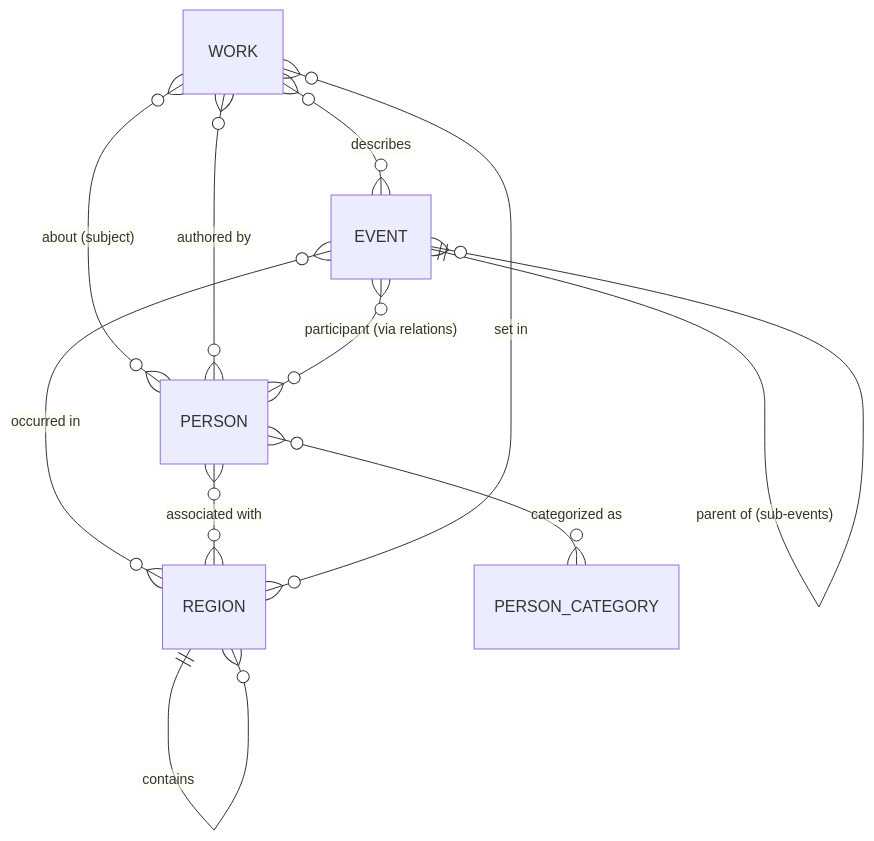
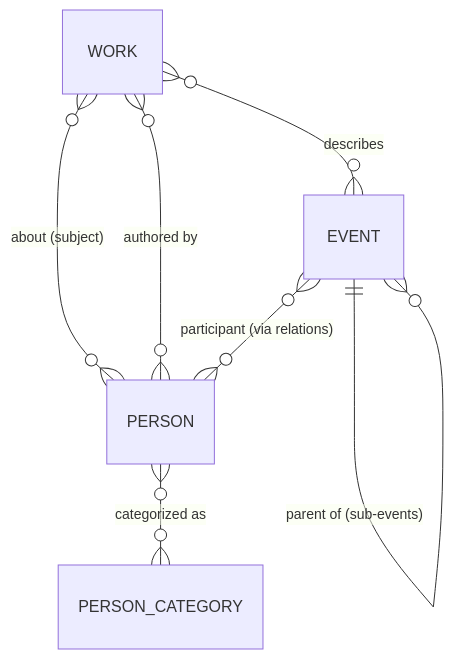
The diagram in docs/spec/domain.md (EyalTsamir/history-timeline), drawn with Mermaid before and after one commit. The commit also changed other lines of this file and 201 other files, not shown here.

````diff
--- a/docs/spec/domain.md
+++ b/docs/spec/domain.md
@@ -5,13 +5,9 @@
 ```mermaid
 erDiagram
     EVENT ||--o{ EVENT : "parent of (sub-events)"
-    EVENT }o--o{ REGION : "occurred in"
     PERSON }o--o{ PERSON_CATEGORY : "categorized as"
-    PERSON }o--o{ REGION : "associated with"
     WORK }o--o{ PERSON : "about (subject)"
     WORK }o--o{ PERSON : "authored by"
     WORK }o--o{ EVENT : "describes"
-    WORK }o--o{ REGION : "set in"
     EVENT }o--o{ PERSON : "participant (via relations)"
-    REGION ||--o{ REGION : "contains"
 ```
````
